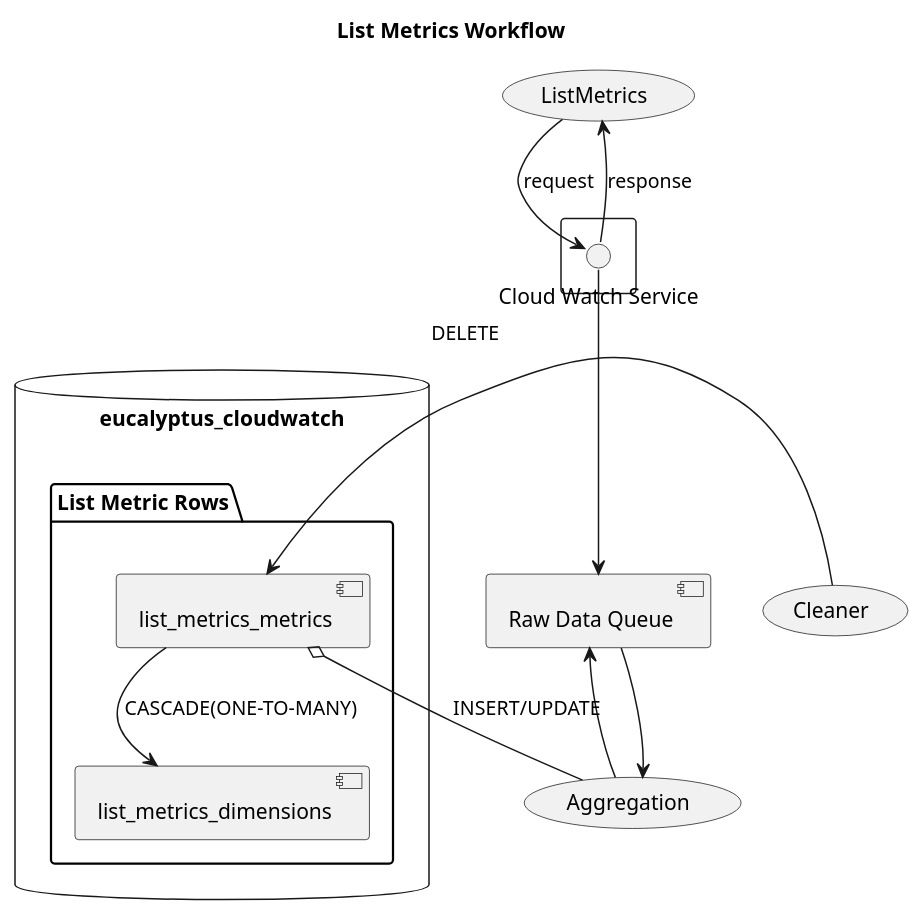
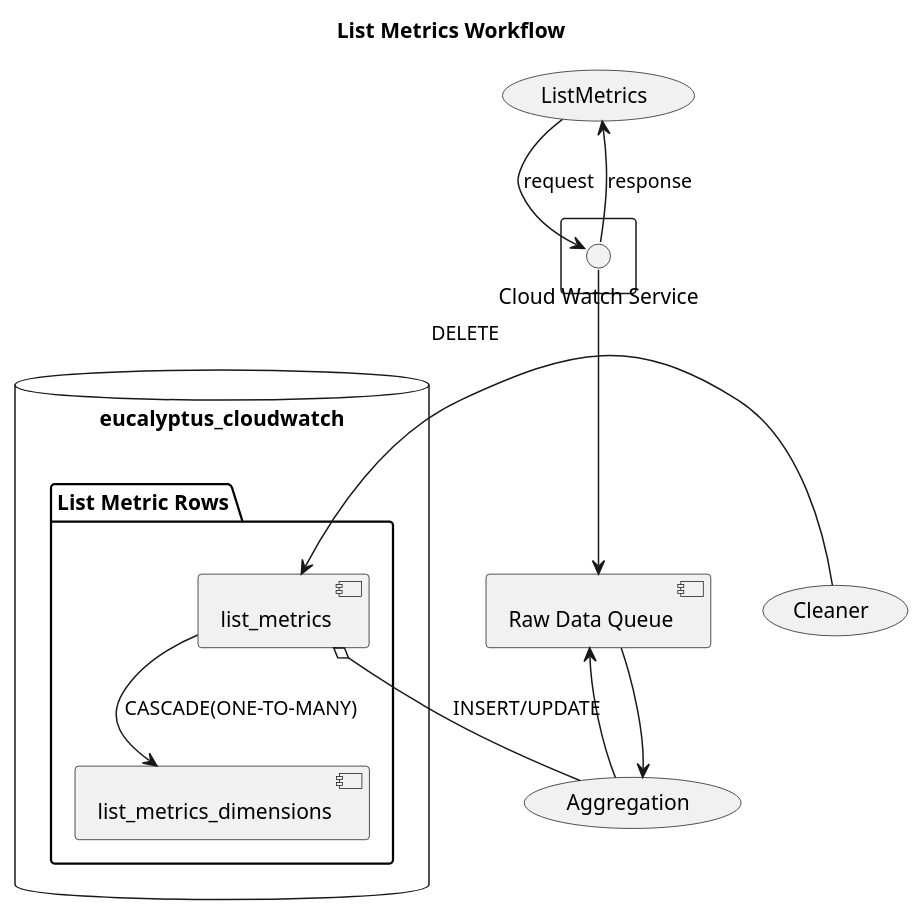
Before and after one commit to eucalyptus/architecture: the diagram in features/cloudwatch/3.3/list-metrics-workflow.puml, drawn with PlantUML. The commit also changed 1 other file, not shown here.

Commit message:
changed list_metrics_metrics table name to list_metricswq

```diff
--- a/features/cloudwatch/3.3/list-metrics-workflow.puml
+++ b/features/cloudwatch/3.3/list-metrics-workflow.puml
@@ -1,22 +1,22 @@
 @startuml
 
 title List Metrics Workflow
 
 rectangle {
     ()"Cloud Watch Service"
 }
 () "Cloud Watch Service" --> (ListMetrics): response
 (ListMetrics) -down-> ()"Cloud Watch Service" : request
 () "Cloud Watch Service" -down-> [Raw Data Queue]
 [Raw Data Queue] --> (Aggregation)
 [Raw Data Queue] <-right- (Aggregation)
 database "eucalyptus_cloudwatch" {
 folder "List Metric Rows" {
     [list_metrics_dimensions]
-    [list_metrics_metrics]
+    [list_metrics]
   }
 }
-[list_metrics_metrics] --> [list_metrics_dimensions] : CASCADE(ONE-TO-MANY)
-[list_metrics_metrics] o-- (Aggregation) : INSERT/UPDATE
-(Cleaner) --left-> [list_metrics_metrics] : DELETE
+[list_metrics] --> [list_metrics_dimensions] : CASCADE(ONE-TO-MANY)
+[list_metrics] o-- (Aggregation) : INSERT/UPDATE
+(Cleaner) --left-> [list_metrics] : DELETE
 @enduml
```
